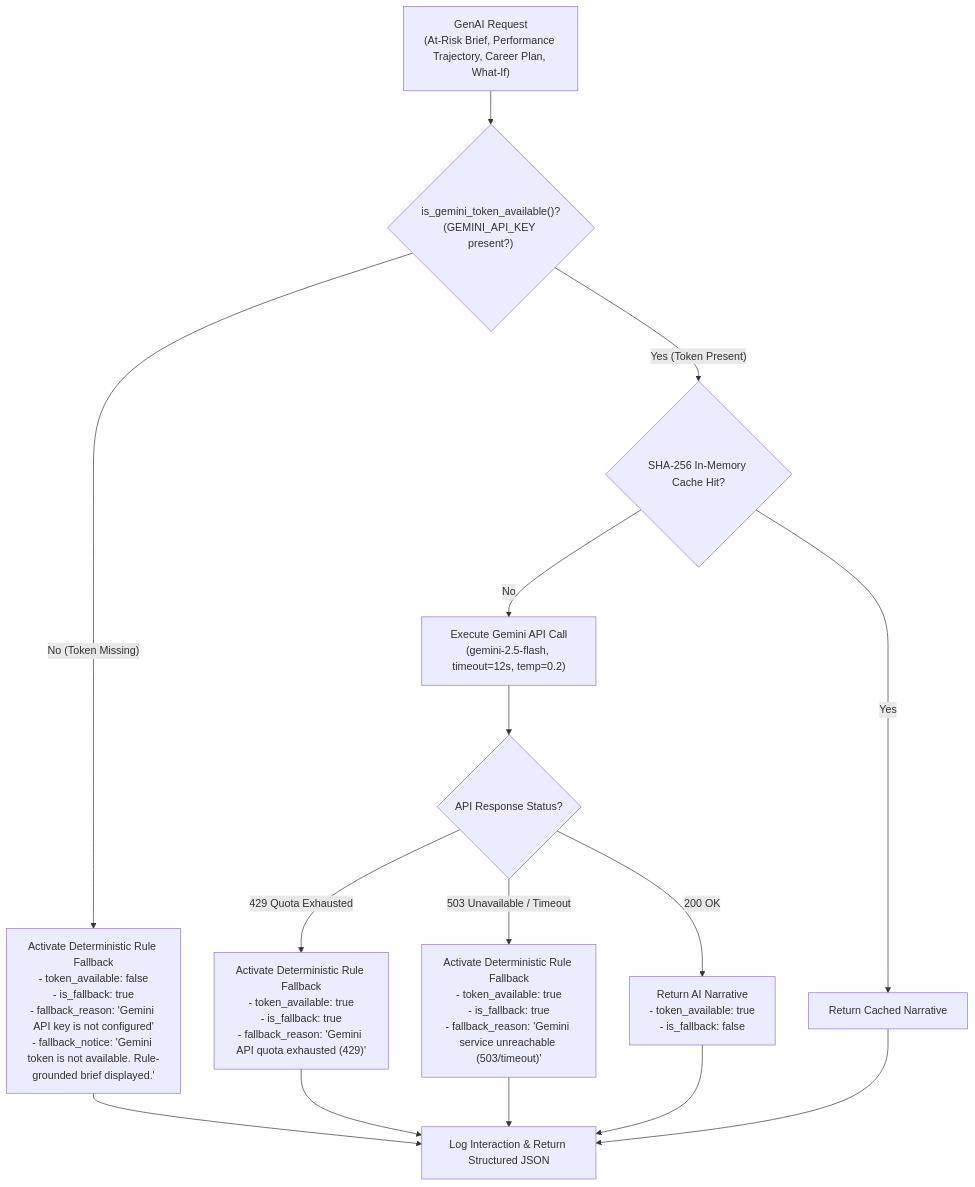
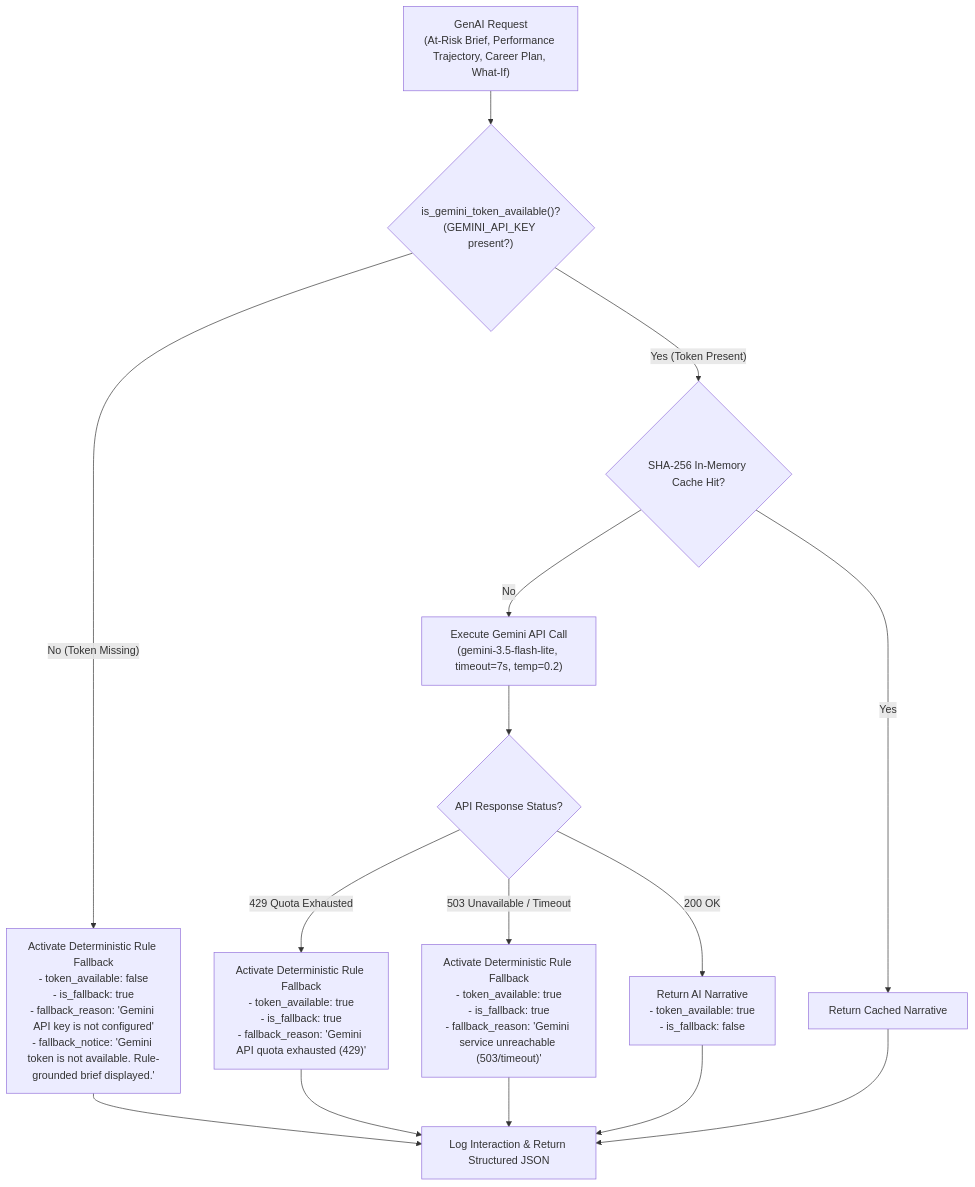
One commit to patelom2810/Campus360 changed the eighth of 9 diagrams in docs/ARCHITECTURE.md. Above: the diagram before and after it, drawn with Mermaid. The commit also changed other lines of this file and 14 other files, not shown here.

Commit message:
refactor: replace at-risk random forest model with logistic regression and update Gemini model to gemini-3.5-flash-lite

````diff
--- a/docs/ARCHITECTURE.md
+++ b/docs/ARCHITECTURE.md
@@ -726,26 +726,26 @@
 ```mermaid
 flowchart TD
     CALL["GenAI Request\n(At-Risk Brief, Performance Trajectory, Career Plan, What-If)"] --> TOK{"is_gemini_token_available()?\n(GEMINI_API_KEY present?)"}
     
     TOK -- No (Token Missing) --> FB1["Activate Deterministic Rule Fallback\n- token_available: false\n- is_fallback: true\n- fallback_reason: 'Gemini API key is not configured'\n- fallback_notice: 'Gemini token is not available. Rule-grounded brief displayed.'"]
     
     TOK -- Yes (Token Present) --> CHK{"SHA-256 In-Memory Cache Hit?"}
     
     CHK -- Yes --> CACHE["Return Cached Narrative"]
     
-    CHK -- No --> GEM["Execute Gemini API Call\n(gemini-2.5-flash, timeout=12s, temp=0.2)"]
+    CHK -- No --> GEM["Execute Gemini API Call\n(gemini-3.5-flash-lite, timeout=7s, temp=0.2)"]
     
     GEM --> RESP{"API Response Status?"}
     
     RESP -- 200 OK --> SUC["Return AI Narrative\n- token_available: true\n- is_fallback: false"]
     
     RESP -- 429 Quota Exhausted --> FB2["Activate Deterministic Rule Fallback\n- token_available: true\n- is_fallback: true\n- fallback_reason: 'Gemini API quota exhausted (429)'"]
     
     RESP -- 503 Unavailable / Timeout --> FB3["Activate Deterministic Rule Fallback\n- token_available: true\n- is_fallback: true\n- fallback_reason: 'Gemini service unreachable (503/timeout)'"]
 
     FB1 --> LOG["Log Interaction & Return Structured JSON"]
     FB2 --> LOG
     FB3 --> LOG
     SUC --> LOG
     CACHE --> LOG
 ```
````
